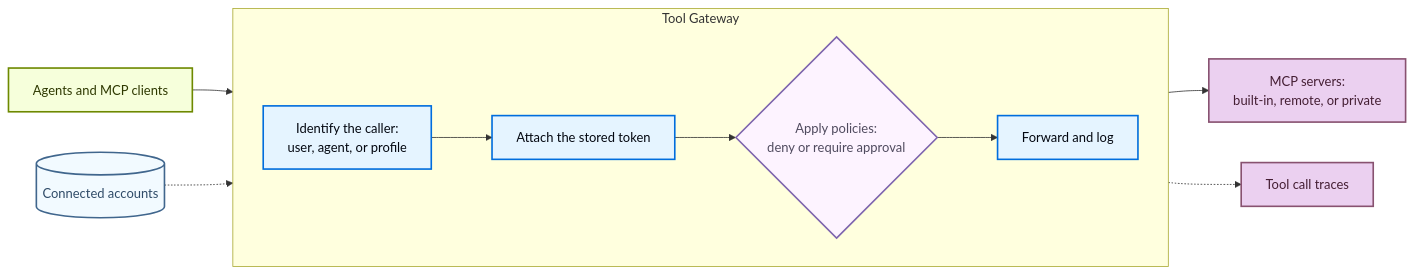
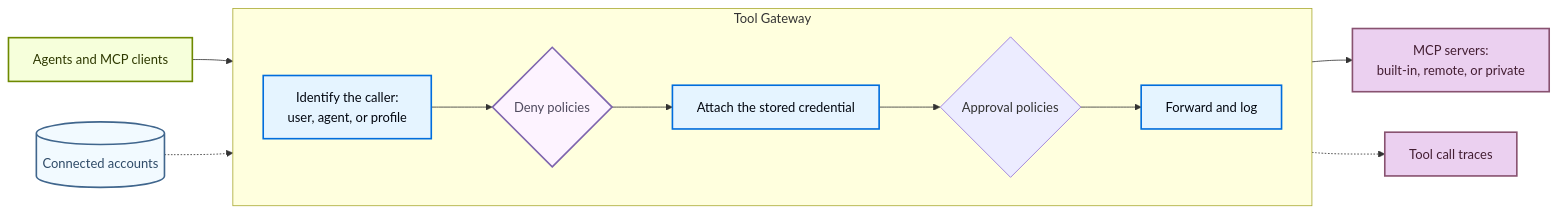
One commit to langchain-ai/docs changed the diagram in src/langsmith/tool-gateway.mdx. Above: the diagram before and after it, drawn with Mermaid. The commit also changed other lines of this file and 6 other files, not shown here.

````diff
--- a/src/langsmith/tool-gateway.mdx
+++ b/src/langsmith/tool-gateway.mdx
@@ -33,27 +34,28 @@
 ```mermaid
 flowchart LR
     A[Agents and MCP clients] --> I
 
     subgraph TG[Tool Gateway]
         direction LR
-        I[Identify the caller:<br/>user, agent, or profile] --> T[Attach the stored token]
-        T --> P{Apply policies:<br/>deny or require approval}
-        P --> F[Forward and log]
+        I[Identify the caller:<br/>user, agent, or profile] --> P{Deny policies}
+        P --> T[Attach the stored credential]
+        T --> R{Approval policies}
+        R --> F[Forward and log]
     end
 
     C[(Connected accounts)] -.-> T
     F --> S[MCP servers:<br/>built-in, remote, or private]
     F -.-> L[Tool call traces]
 
     classDef process fill:#E5F4FF,stroke:#006DDD,stroke-width:2px,color:#030710
     classDef trigger fill:#F6FFDB,stroke:#6E8900,stroke-width:2px,color:#2E3900
     classDef decision fill:#FDF3FF,stroke:#7E65AE,stroke-width:2px,color:#504B5F
     classDef output fill:#EBD0F0,stroke:#885270,stroke-width:2px,color:#441E33
     classDef neutral fill:#F2FAFF,stroke:#40668D,stroke-width:2px,color:#2F4B68
 
     class A trigger
     class I,T,F process
     class P decision
     class S,L output
     class C neutral
 ```
````
